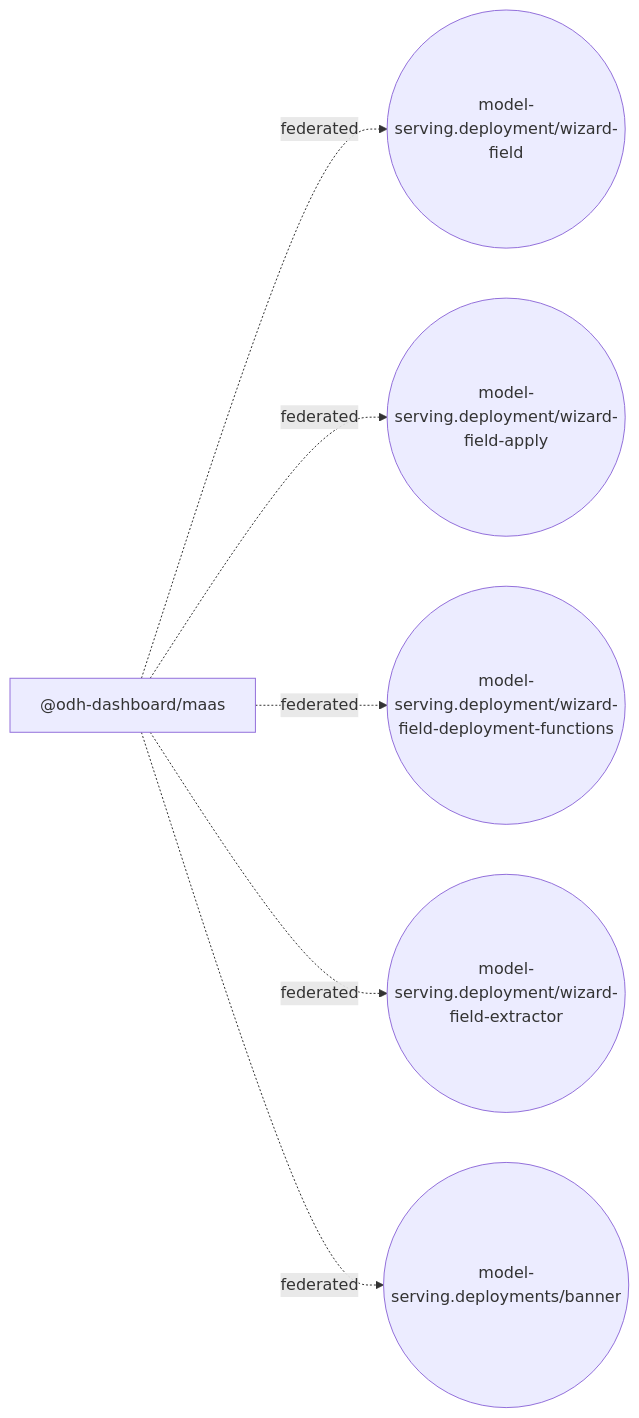
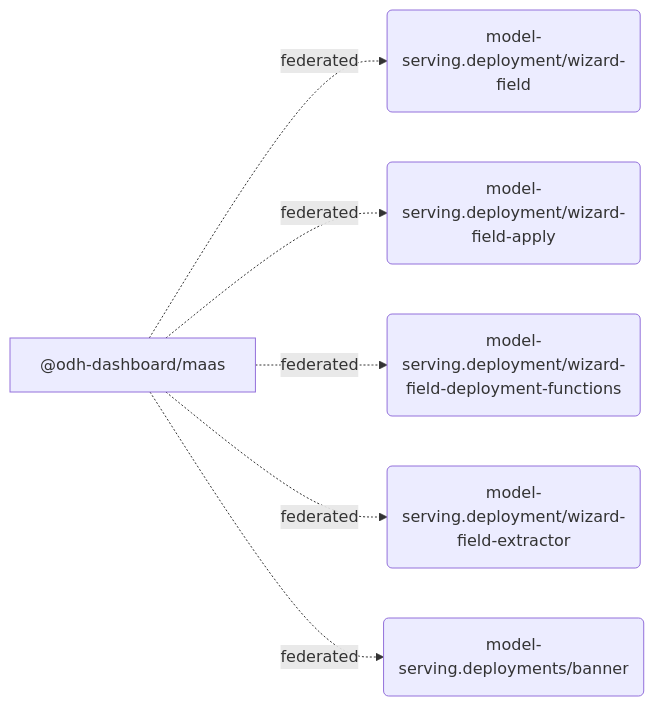
The third of 3 diagrams in packages/maas/docs/extensions.md (mturley/odh-dashboard), drawn with Mermaid before and after one commit. The commit also changed other lines of this file and 24 other files, not shown here.

````diff
--- a/packages/maas/docs/extensions.md
+++ b/packages/maas/docs/extensions.md
@@ -70,14 +70,14 @@
 ```mermaid
 flowchart LR
   pkg_n__odh_dashboard_maas_4903a0["@odh-dashboard/maas"]
-  point_n_model_serving_deployment_wizard_field_19398b(("model-serving.deployment/wizard-field"))
+  point_n_model_serving_deployment_wizard_field_19398b("model-serving.deployment/wizard-field")
   pkg_n__odh_dashboard_maas_4903a0 -. "federated" .-> point_n_model_serving_deployment_wizard_field_19398b
-  point_n_model_serving_deployment_wizard_field_apply_b7659a(("model-serving.deployment/wizard-field-apply"))
+  point_n_model_serving_deployment_wizard_field_apply_b7659a("model-serving.deployment/wizard-field-apply")
   pkg_n__odh_dashboard_maas_4903a0 -. "federated" .-> point_n_model_serving_deployment_wizard_field_apply_b7659a
-  point_n_model_serving_deployment_wizard_field_deployment_functions_dd7c85(("model-serving.deployment/wizard-field-deployment-functions"))
+  point_n_model_serving_deployment_wizard_field_deployment_functions_dd7c85("model-serving.deployment/wizard-field-deployment-functions")
   pkg_n__odh_dashboard_maas_4903a0 -. "federated" .-> point_n_model_serving_deployment_wizard_field_deployment_functions_dd7c85
-  point_n_model_serving_deployment_wizard_field_extractor_877f9e(("model-serving.deployment/wizard-field-extractor"))
+  point_n_model_serving_deployment_wizard_field_extractor_877f9e("model-serving.deployment/wizard-field-extractor")
   pkg_n__odh_dashboard_maas_4903a0 -. "federated" .-> point_n_model_serving_deployment_wizard_field_extractor_877f9e
-  point_n_model_serving_deployments_banner_1a4c0c(("model-serving.deployments/banner"))
+  point_n_model_serving_deployments_banner_1a4c0c("model-serving.deployments/banner")
   pkg_n__odh_dashboard_maas_4903a0 -. "federated" .-> point_n_model_serving_deployments_banner_1a4c0c
 ```
````
